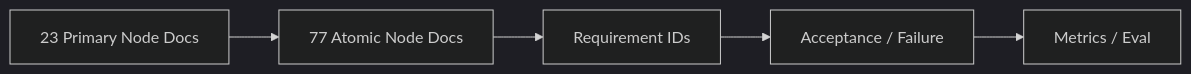
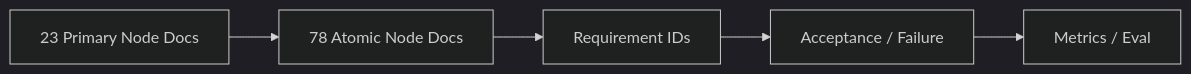
The first of 4 diagrams in product-docs/v0.3/nodes/README.md (Jiaosong/Design), drawn with Mermaid (dark theme) before and after one commit. The commit also changed other lines of this file and 21 other files, not shown here.

Commit message:
Add OLEANDER execution fabric architecture v0.3.3 (#717)

````diff
--- a/product-docs/v0.3/nodes/README.md
+++ b/product-docs/v0.3/nodes/README.md
@@ -17,7 +17,7 @@
 ```mermaid
 flowchart LR
-    P[23 Primary Node Docs] --> A[77 Atomic Node Docs]
+    P[23 Primary Node Docs] --> A[78 Atomic Node Docs]
     A --> R[Requirement IDs]
     R --> AC[Acceptance / Failure]
     AC --> M[Metrics / Eval]
 ```
````
